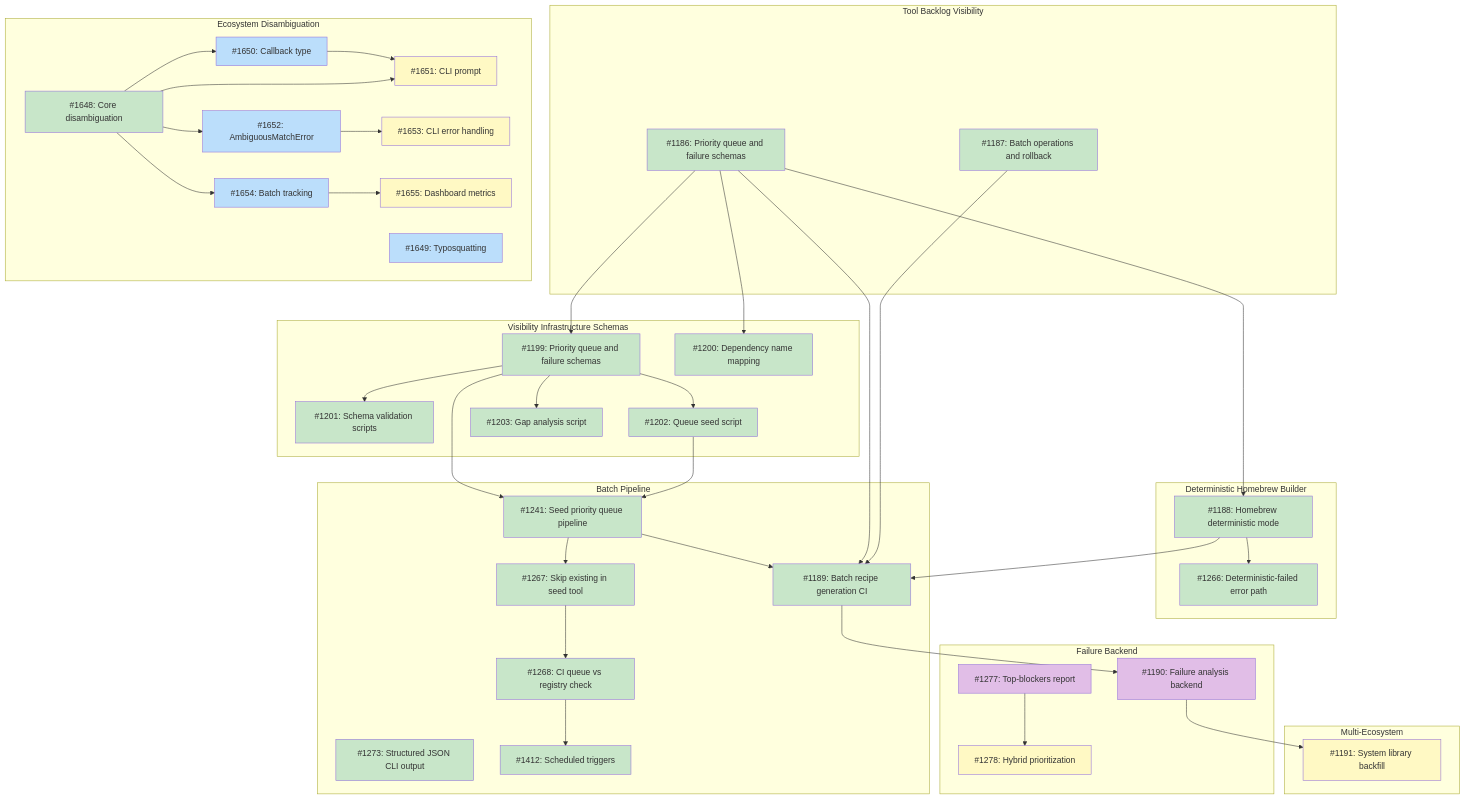
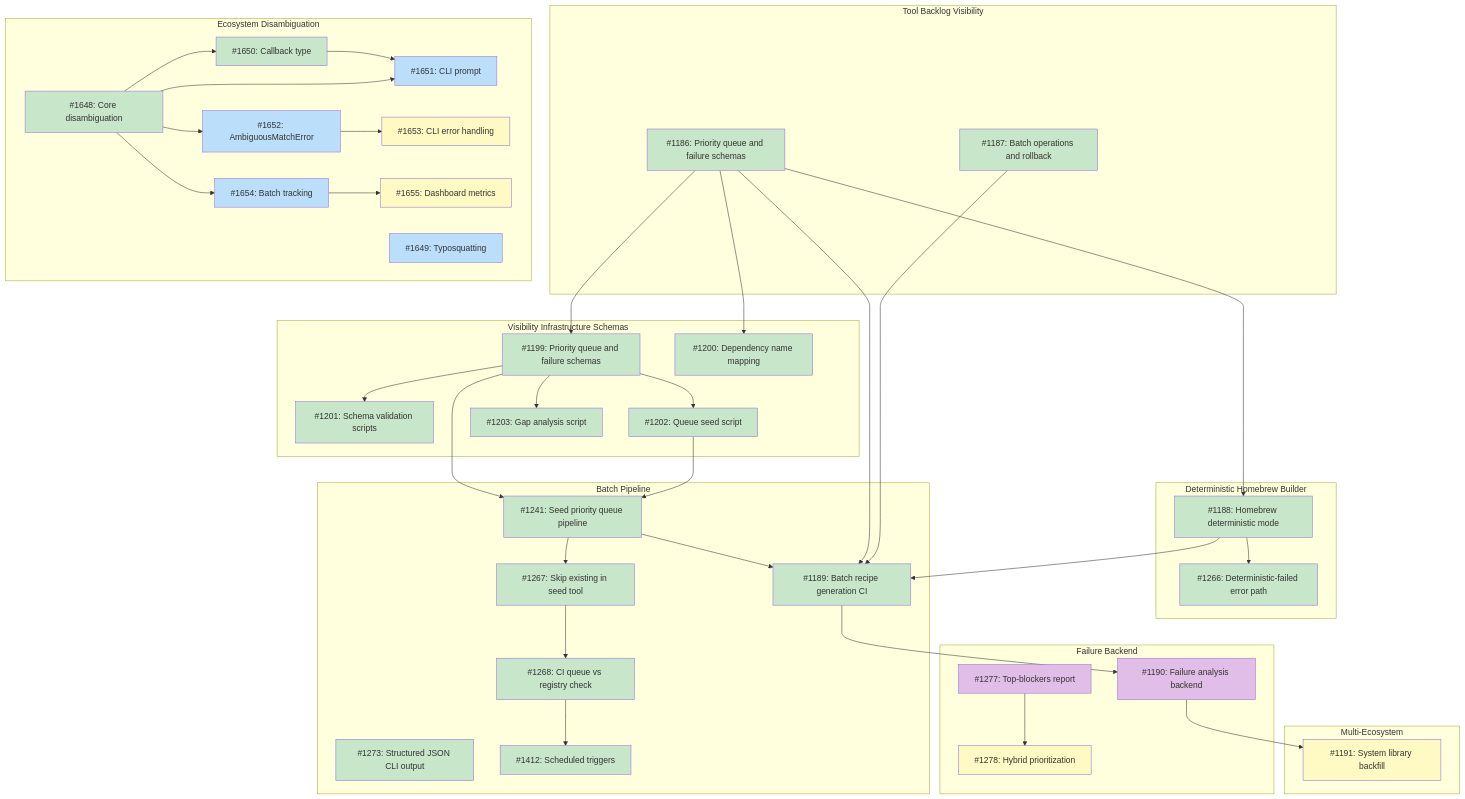
One commit to tsukumogami/tsuku changed the diagram in docs/designs/DESIGN-registry-scale-strategy.md. Above: the diagram before and after it, drawn with Mermaid. The commit also changed other lines of this file, not shown here.

Commit message:
docs: mark issue 1650 done in registry-scale-strategy design doc

````diff
--- a/docs/designs/DESIGN-registry-scale-strategy.md
+++ b/docs/designs/DESIGN-registry-scale-strategy.md
@@ -187,7 +187,7 @@
     class I1278 blocked
     class I1412 done
     class I1191 blocked
-    class I1648 done
-    class I1649,I1650,I1652,I1654 ready
-    class I1651,I1653,I1655 blocked
+    class I1648,I1650 done
+    class I1649,I1651,I1652,I1654 ready
+    class I1653,I1655 blocked
 ```
````
